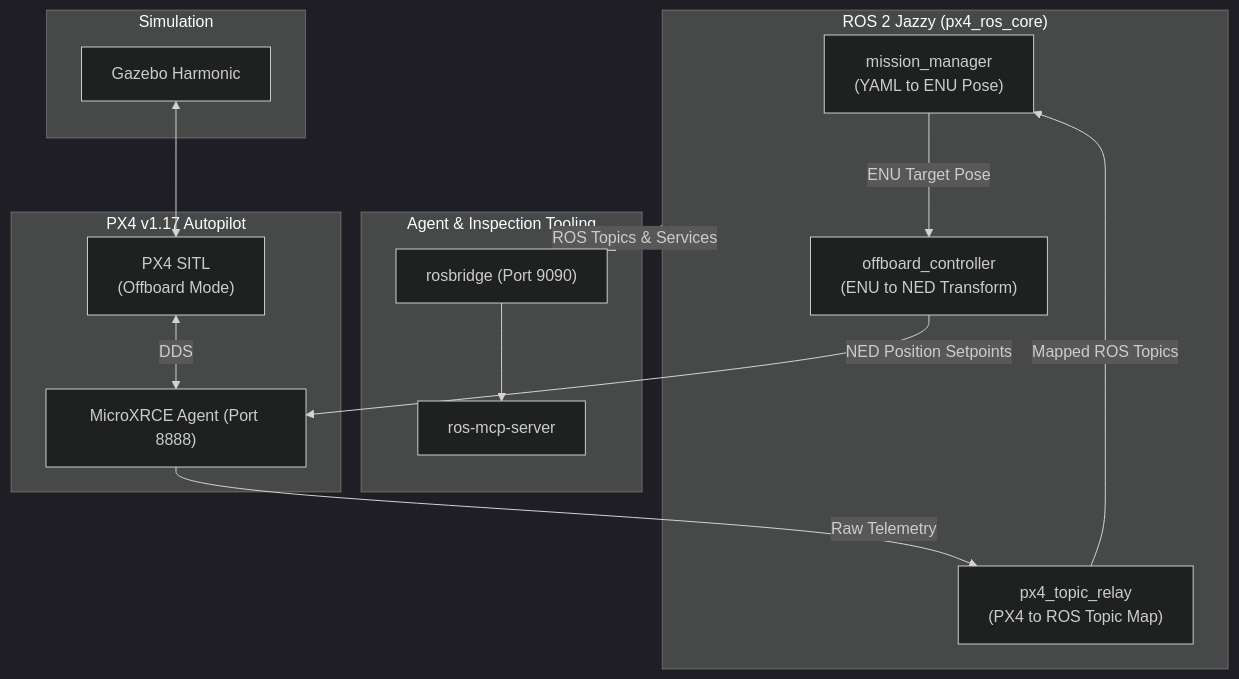
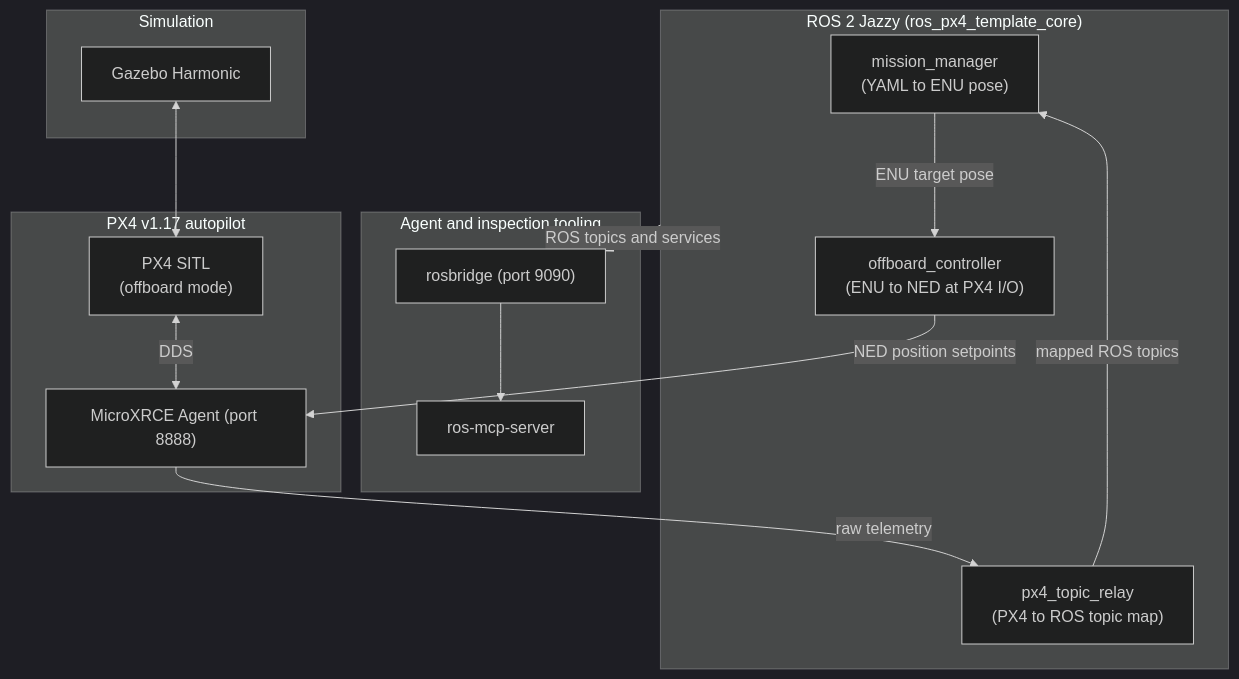
The diagram in README.md (2vyy/ros-px4-template), drawn with Mermaid (dark theme) before and after one commit. The commit also changed other lines of this file and 1 other file, not shown here.

````diff
--- a/README.md
+++ b/README.md
@@ -23,36 +26,33 @@
 ```mermaid
 flowchart TD
-    subgraph agent_layer ["Agent & Inspection Tooling"]
-        Bridge["rosbridge (Port 9090)"]
+    subgraph agent_layer ["Agent and inspection tooling"]
+        Bridge["rosbridge (port 9090)"]
         MCP["ros-mcp-server"]
     end
 
-    subgraph ros_layer ["ROS 2 Jazzy (px4_ros_core)"]
-        mission["mission_manager\n(YAML to ENU Pose)"]
-        offboard["offboard_controller\n(ENU to NED Transform)"]
-        relay["px4_topic_relay\n(PX4 to ROS Topic Map)"]
+    subgraph ros_layer ["ROS 2 Jazzy (ros_px4_template_core)"]
+        mission["mission_manager\n(YAML to ENU pose)"]
+        offboard["offboard_controller\n(ENU to NED at PX4 I/O)"]
+        relay["px4_topic_relay\n(PX4 to ROS topic map)"]
     end
 
-    subgraph px4_layer ["PX4 v1.17 Autopilot"]
-        XRCE["MicroXRCE Agent (Port 8888)"]
-        SITL["PX4 SITL\n(Offboard Mode)"]
+    subgraph px4_layer ["PX4 v1.17 autopilot"]
+        XRCE["MicroXRCE Agent (port 8888)"]
+        SITL["PX4 SITL\n(offboard mode)"]
     end
 
     subgraph sim_layer ["Simulation"]
         Gazebo["Gazebo Harmonic"]
     end
 
-    %% Simulation & Autopilot Loop
     Gazebo <--> SITL
     SITL <-->|DDS| XRCE
 
-    %% Control Flow
-    mission -->|ENU Target Pose| offboard
-    XRCE -->|Raw Telemetry| relay
-    relay -->|Mapped ROS Topics| mission
-    offboard -->|NED Position Setpoints| XRCE
+    mission -->|ENU target pose| offboard
+    XRCE -->|raw telemetry| relay
+    relay -->|mapped ROS topics| mission
+    offboard -->|NED position setpoints| XRCE
 
-    %% Tooling Integration
-    ros_layer -->|ROS Topics & Services| Bridge
+    ros_layer -->|ROS topics and services| Bridge
     Bridge --> MCP
 ```
````
